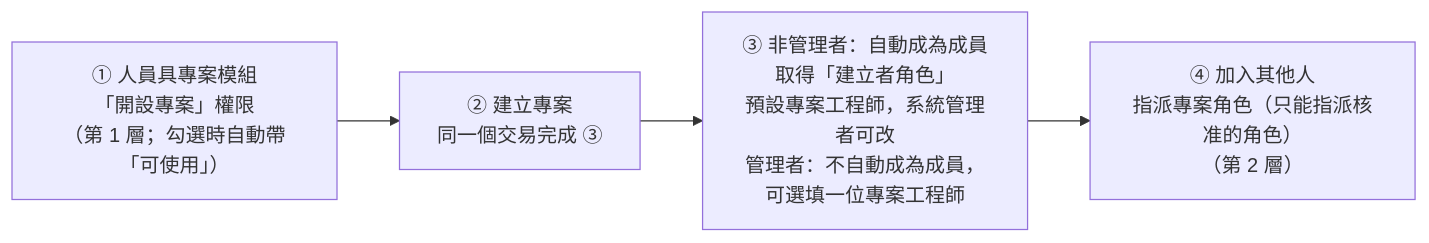
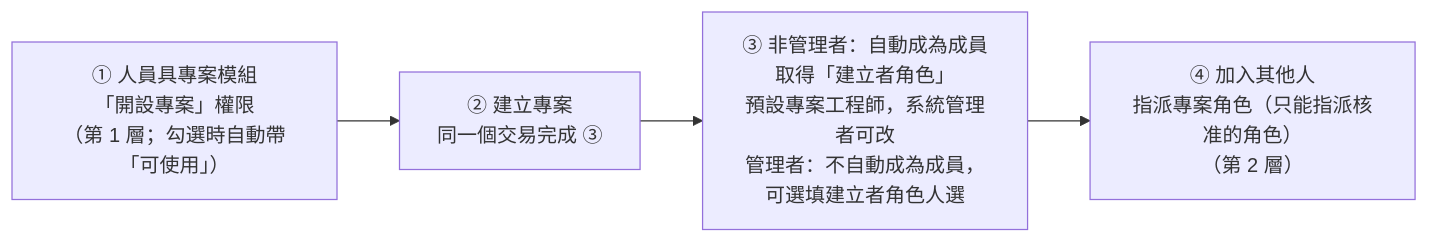
Before and after one commit to speko-tw/inspect-flow: the third of 4 diagrams in docs/intents/07-permission-model.md, drawn with Mermaid. The commit also changed other lines of this file and 3 other files, not shown here.

````diff
--- a/docs/intents/07-permission-model.md
+++ b/docs/intents/07-permission-model.md
@@ -79,6 +79,6 @@
 ```mermaid
 flowchart LR
   S1["① 人員具專案模組<br/>「開設專案」權限<br/>（第 1 層；勾選時自動帶「可使用」）"] --> S2["② 建立專案<br/>同一個交易完成 ③"]
-  S2 --> S3["③ 非管理者：自動成為成員<br/>取得「建立者角色」<br/>預設專案工程師，系統管理者可改<br/>管理者：不自動成為成員，可選填一位專案工程師"]
+  S2 --> S3["③ 非管理者：自動成為成員<br/>取得「建立者角色」<br/>預設專案工程師，系統管理者可改<br/>管理者：不自動成為成員，可選填建立者角色人選"]
   S3 --> S4["④ 加入其他人<br/>指派專案角色（只能指派核准的角色）<br/>（第 2 層）"]
 ```
````
